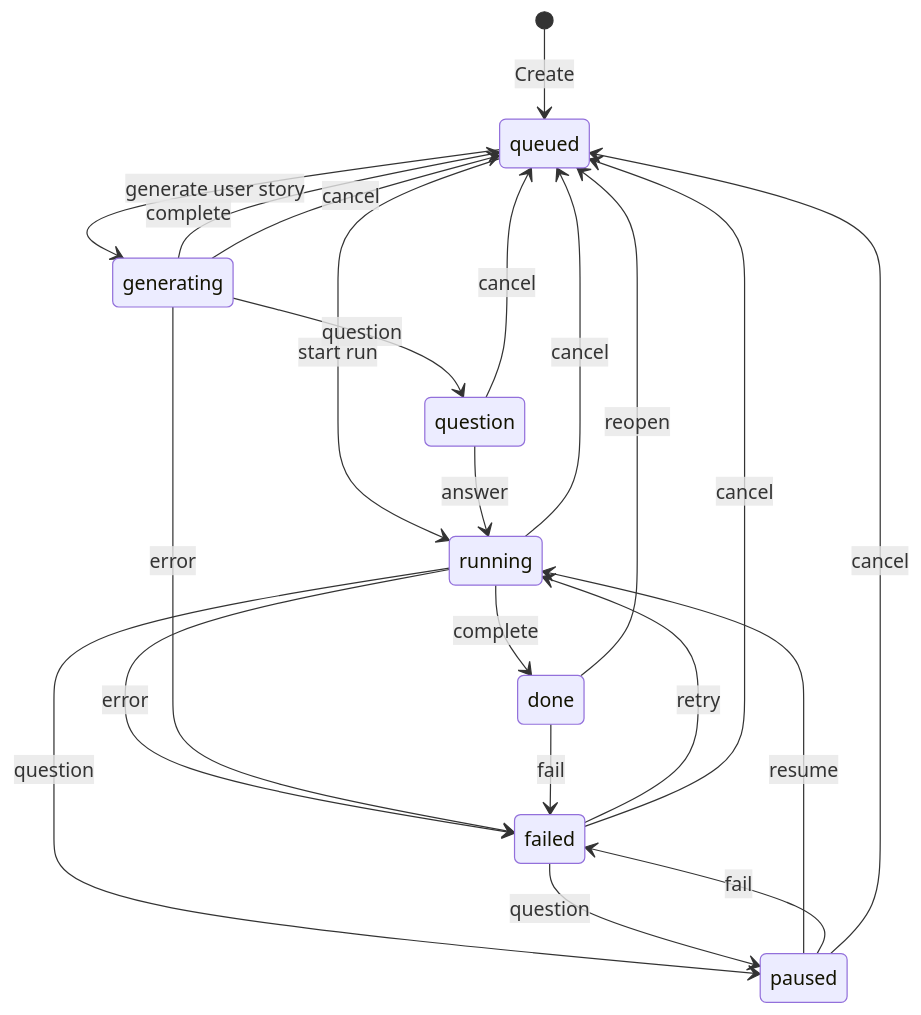
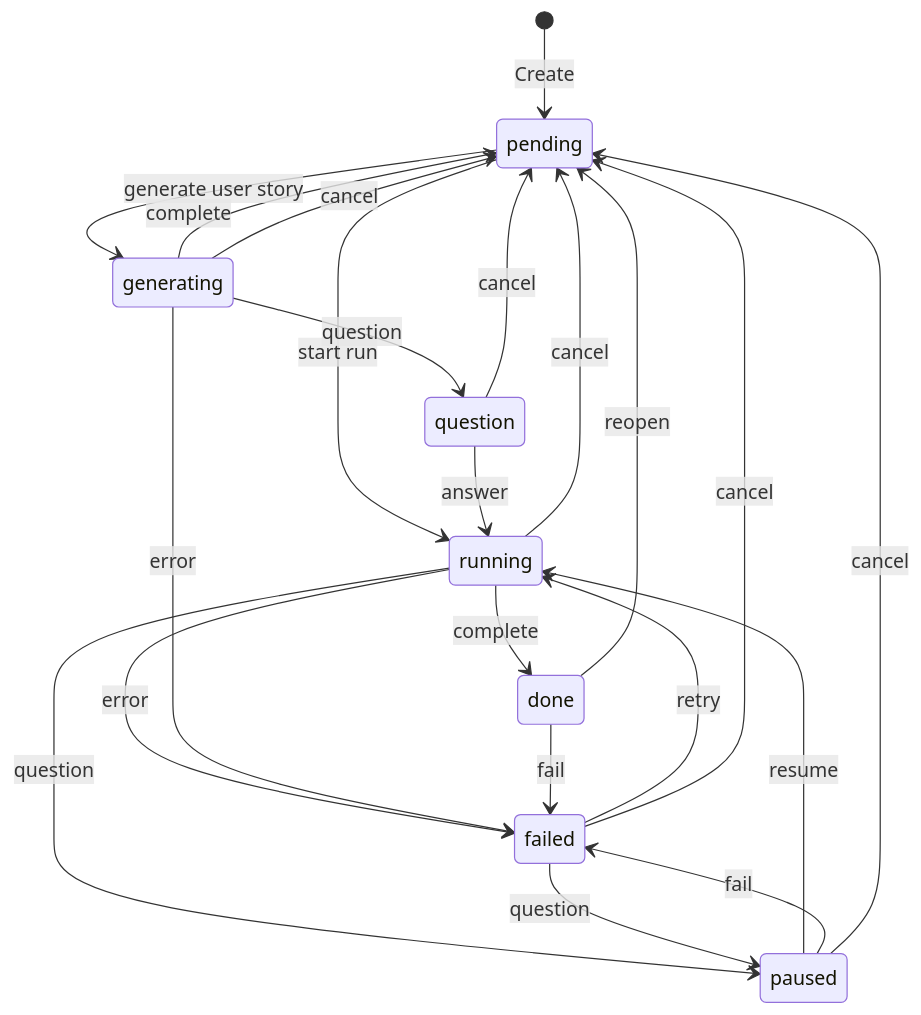
Diagram 14 of 16 in docs/ARCHITECTURE.md (dnaroid/kanban-ai), drawn with Mermaid before and after one commit. The commit also changed other lines of this file and 12 other files, not shown here.

````diff
--- a/docs/ARCHITECTURE.md
+++ b/docs/ARCHITECTURE.md
@@ -902,31 +904,31 @@
 ```mermaid
 stateDiagram-v2
-    [*] --> queued: Create
+    [*] --> pending: Create
     
-    queued --> running: start run
-    queued --> generating: generate user story
+    pending --> running: start run
+    pending --> generating: generate user story
     
     running --> done: complete
     running --> failed: error
     running --> paused: question
-    running --> queued: cancel
+    running --> pending: cancel
     
-    generating --> queued: complete
+    generating --> pending: complete
     generating --> failed: error
     generating --> question: question
-    generating --> queued: cancel
+    generating --> pending: cancel
     
     paused --> running: resume
     paused --> failed: fail
-    paused --> queued: cancel
+    paused --> pending: cancel
     
-    done --> queued: reopen
+    done --> pending: reopen
     done --> failed: fail
     
     failed --> running: retry
-    failed --> queued: cancel
+    failed --> pending: cancel
     failed --> paused: question
     
     question --> running: answer
-    question --> queued: cancel
+    question --> pending: cancel
 ```
````
